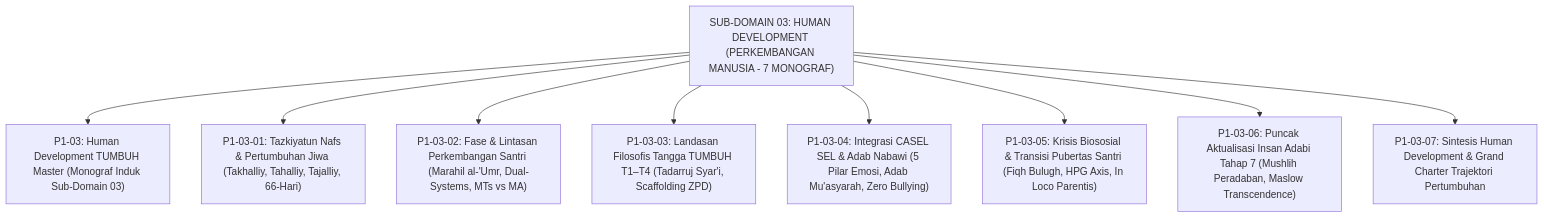
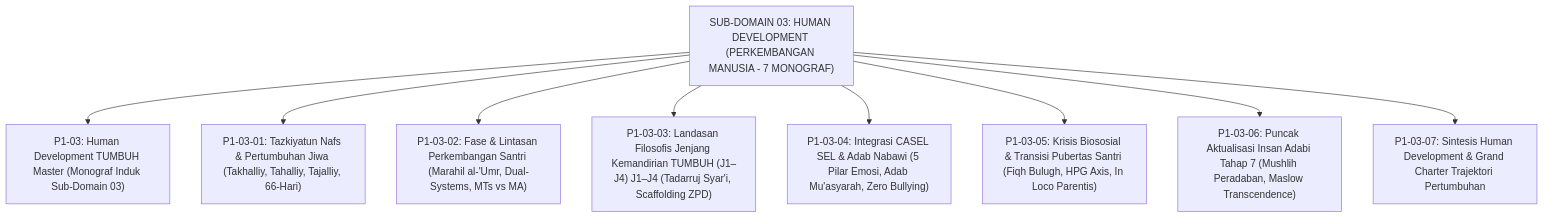
Before and after one commit to wandiapriliyandi/tumbuh: the diagram in 01 Philosophy/03 Human Development/README.md, drawn with Mermaid. The commit also changed other lines of this file and 209 other files, not shown here.

````diff
--- a/01 Philosophy/03 Human Development/README.md
+++ b/01 Philosophy/03 Human Development/README.md
@@ -14,13 +14,13 @@
 ```mermaid
 graph TD
     HumanDev["SUB-DOMAIN 03: HUMAN DEVELOPMENT (PERKEMBANGAN MANUSIA - 7 MONOGRAF)"]
     
     HumanDev --> Master["P1-03: Human Development TUMBUH Master (Monograf Induk Sub-Domain 03)"]
     HumanDev --> M1["P1-03-01: Tazkiyatun Nafs & Pertumbuhan Jiwa (Takhalliy, Tahalliy, Tajalliy, 66-Hari)"]
     HumanDev --> M2["P1-03-02: Fase & Lintasan Perkembangan Santri (Marahil al-'Umr, Dual-Systems, MTs vs MA)"]
-    HumanDev --> M3["P1-03-03: Landasan Filosofis Tangga TUMBUH T1–T4 (Tadarruj Syar'i, Scaffolding ZPD)"]
+    HumanDev --> M3["P1-03-03: Landasan Filosofis Jenjang Kemandirian TUMBUH (J1–J4) J1–J4 (Tadarruj Syar'i, Scaffolding ZPD)"]
     HumanDev --> M4["P1-03-04: Integrasi CASEL SEL & Adab Nabawi (5 Pilar Emosi, Adab Mu'asyarah, Zero Bullying)"]
     HumanDev --> M5["P1-03-05: Krisis Biososial & Transisi Pubertas Santri (Fiqh Bulugh, HPG Axis, In Loco Parentis)"]
     HumanDev --> M6["P1-03-06: Puncak Aktualisasi Insan Adabi Tahap 7 (Mushlih Peradaban, Maslow Transcendence)"]
     HumanDev --> M7["P1-03-07: Sintesis Human Development & Grand Charter Trajektori Pertumbuhan"]
 ```
````
